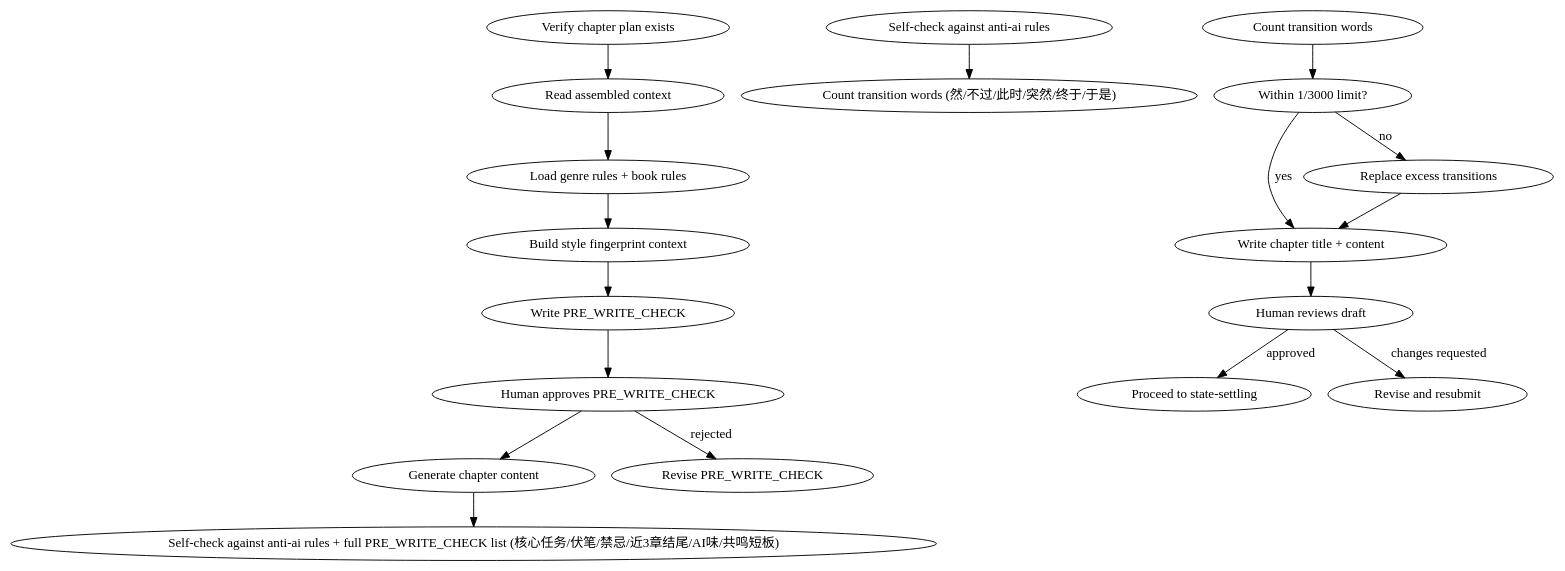
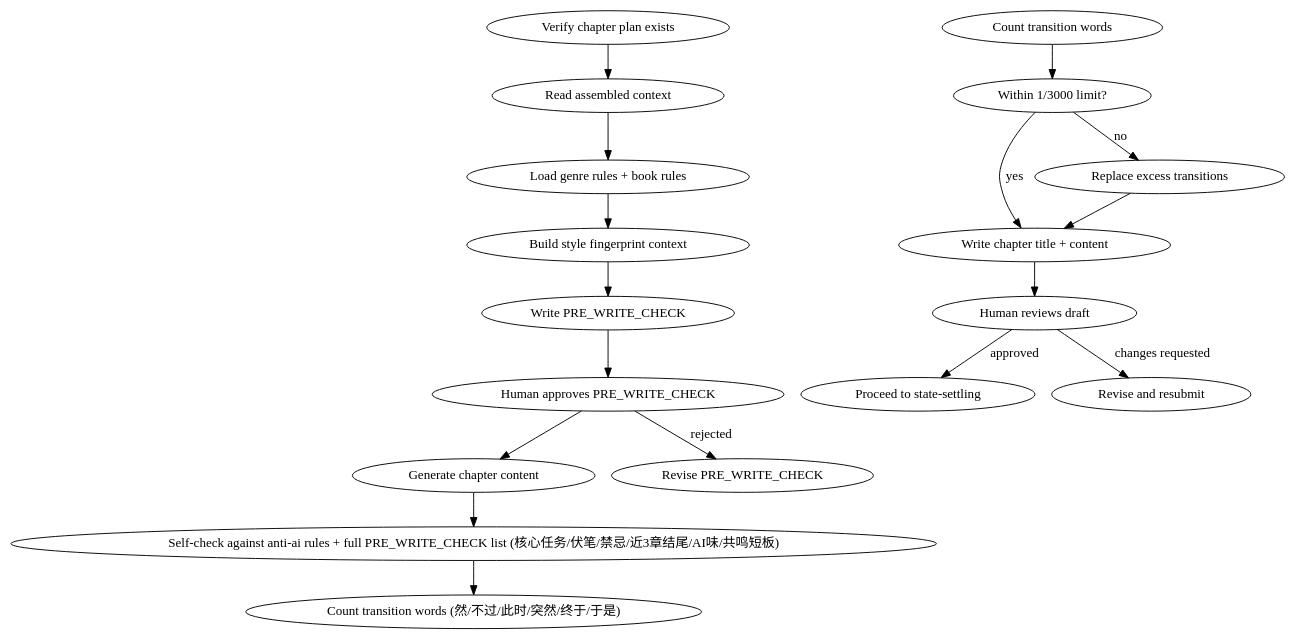
Before and after one commit to ThomasChangX/shenbi: the diagram in skills/shenbi-chapter-drafting/SKILL.md, drawn with Graphviz. The commit also changed 1 other file, not shown here.

Commit message:
docs(skills): spec62 T2 review fixes — chapter-drafting DOT edge reconnect + memory-distill prose trigger alignment

````diff
--- a/skills/shenbi-chapter-drafting/SKILL.md
+++ b/skills/shenbi-chapter-drafting/SKILL.md
@@ -58,20 +58,20 @@
 ```dot
 digraph chapter_drafting {
     "Verify chapter plan exists" -> "Read assembled context";
     "Read assembled context" -> "Load genre rules + book rules";
     "Load genre rules + book rules" -> "Build style fingerprint context";
     "Build style fingerprint context" -> "Write PRE_WRITE_CHECK";
     "Write PRE_WRITE_CHECK" -> "Human approves PRE_WRITE_CHECK";
     "Human approves PRE_WRITE_CHECK" -> "Generate chapter content";
     "Human approves PRE_WRITE_CHECK" -> "Revise PRE_WRITE_CHECK" [label="rejected"];
     "Generate chapter content" -> "Self-check against anti-ai rules + full PRE_WRITE_CHECK list (核心任务/伏笔/禁忌/近3章结尾/AI味/共鸣短板)";
-    "Self-check against anti-ai rules" -> "Count transition words (然/不过/此时/突然/终于/于是)";
+    "Self-check against anti-ai rules + full PRE_WRITE_CHECK list (核心任务/伏笔/禁忌/近3章结尾/AI味/共鸣短板)" -> "Count transition words (然/不过/此时/突然/终于/于是)";
     "Count transition words" -> "Within 1/3000 limit?";
     "Within 1/3000 limit?" -> "Write chapter title + content" [label="yes"];
     "Within 1/3000 limit?" -> "Replace excess transitions" [label="no"];
     "Replace excess transitions" -> "Write chapter title + content";
     "Write chapter title + content" -> "Human reviews draft";
     "Human reviews draft" -> "Proceed to state-settling" [label="approved"];
     "Human reviews draft" -> "Revise and resubmit" [label="changes requested"];
 }
 ```
````
